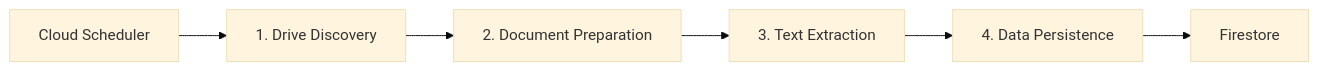
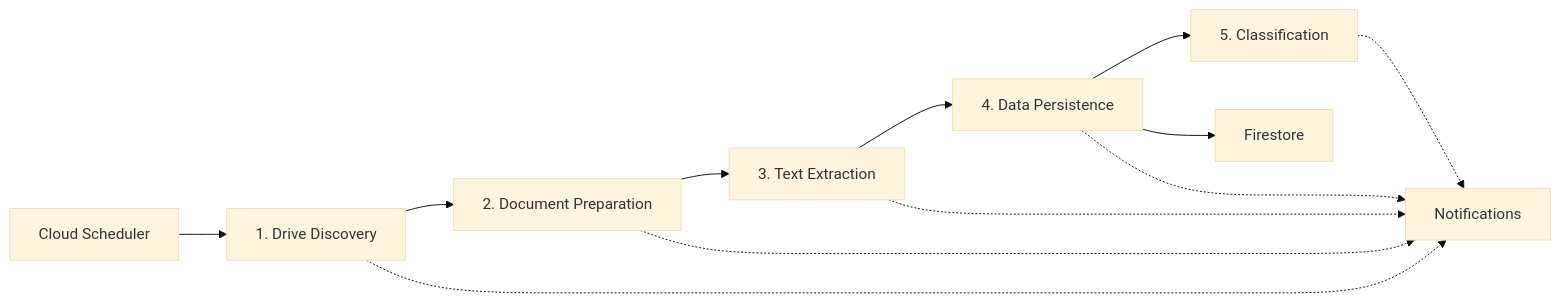
One commit to kkohtaka/AutoNyan changed the diagram in README.md. Above: the diagram before and after it, drawn with Mermaid (base theme). The commit also changed other lines of this file and 1 other file, not shown here.

````diff
--- a/README.md
+++ b/README.md
@@ -9,8 +9,14 @@
 ```mermaid
 graph LR
     A[Cloud Scheduler] --> B[1. Drive Discovery]
     B --> C[2. Document Preparation]
     C --> D[3. Text Extraction]
     D --> E[4. Data Persistence]
+    E --> G[5. Classification]
     E --> F[Firestore]
+    B -.-> N[Notifications]
+    C -.-> N
+    D -.-> N
+    E -.-> N
+    G -.-> N
 ```
````
